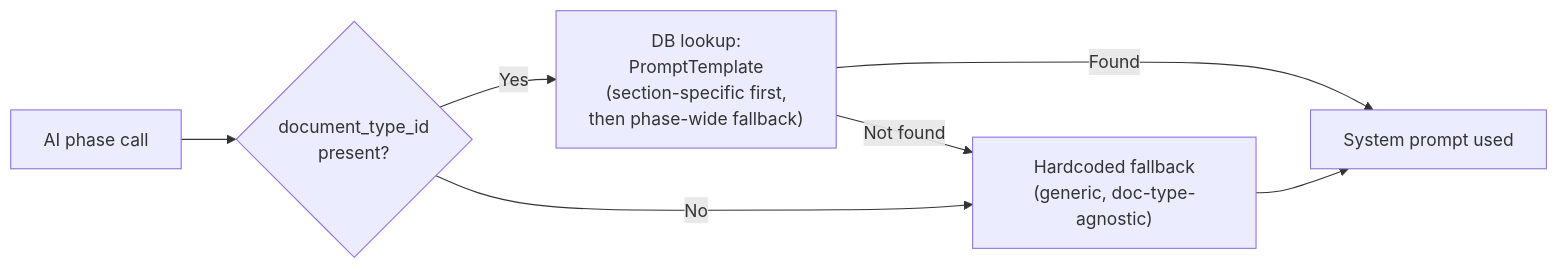
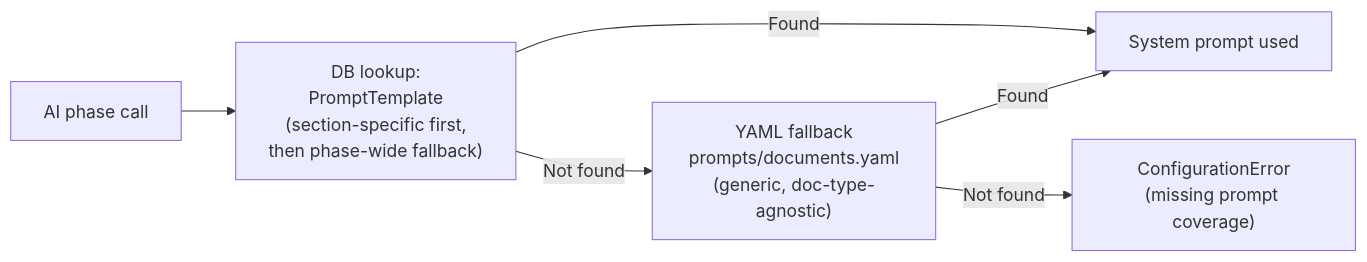
Before and after one commit to maxjneto/doc-forge: the sixth of 9 diagrams in ARCHITECTURE.md, drawn with Mermaid. The commit also changed other lines of this file and 45 other files, not shown here.

````diff
--- a/ARCHITECTURE.md
+++ b/ARCHITECTURE.md
@@ -232,14 +232,14 @@
 ```mermaid
 flowchart LR
     Phase["AI phase call"]
-    Check{"document_type_id\npresent?"}
     DBLookup["DB lookup:\nPromptTemplate\n(section-specific first,\nthen phase-wide fallback)"]
-    Hardcoded["Hardcoded fallback\n(generic, doc-type-agnostic)"]
+    YAML["YAML fallback\nprompts/documents.yaml\n(generic, doc-type-agnostic)"]
+    Error["ConfigurationError\n(missing prompt coverage)"]
     Prompt["System prompt used"]
 
-    Phase --> Check
-    Check -- Yes --> DBLookup
+    Phase --> DBLookup
     DBLookup -- Found --> Prompt
-    DBLookup -- Not found --> Hardcoded --> Prompt
-    Check -- No --> Hardcoded
+    DBLookup -- Not found --> YAML
+    YAML -- Found --> Prompt
+    YAML -- Not found --> Error
 ```
````
